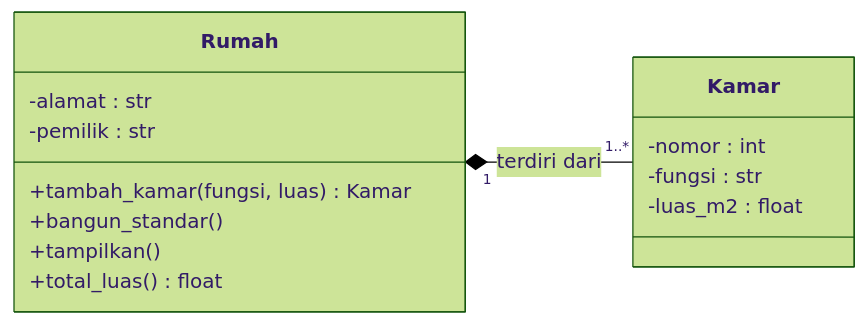
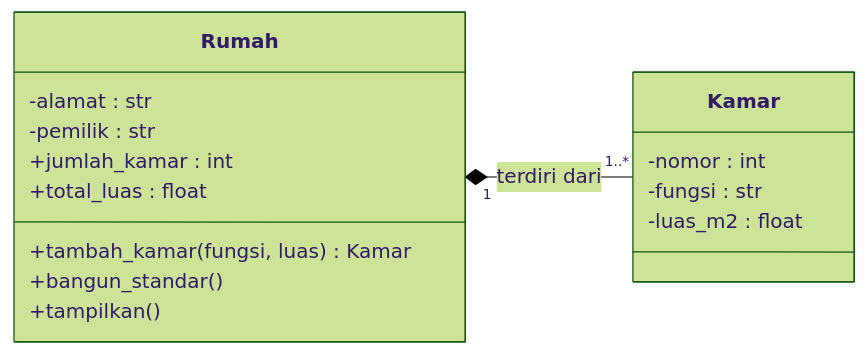
The sixth of 11 diagrams in Materi_05_Hubungan_Kelas_dan_UML/materi.md (antonprafanto/PBO2026), drawn with Mermaid (forest theme) before and after one commit. The commit also changed other lines of this file, not shown here.

````diff
--- a/Materi_05_Hubungan_Kelas_dan_UML/materi.md
+++ b/Materi_05_Hubungan_Kelas_dan_UML/materi.md
@@ -380,18 +384,19 @@
 ```mermaid
 classDiagram
     direction LR
     class Rumah {
         -alamat : str
         -pemilik : str
+        +jumlah_kamar : int
+        +total_luas : float
         +tambah_kamar(fungsi, luas) Kamar
         +bangun_standar()
         +tampilkan()
-        +total_luas() float
     }
     class Kamar {
         -nomor : int
         -fungsi : str
         -luas_m2 : float
     }
     Rumah "1" *-- "1..*" Kamar : terdiri dari
 ```
````
